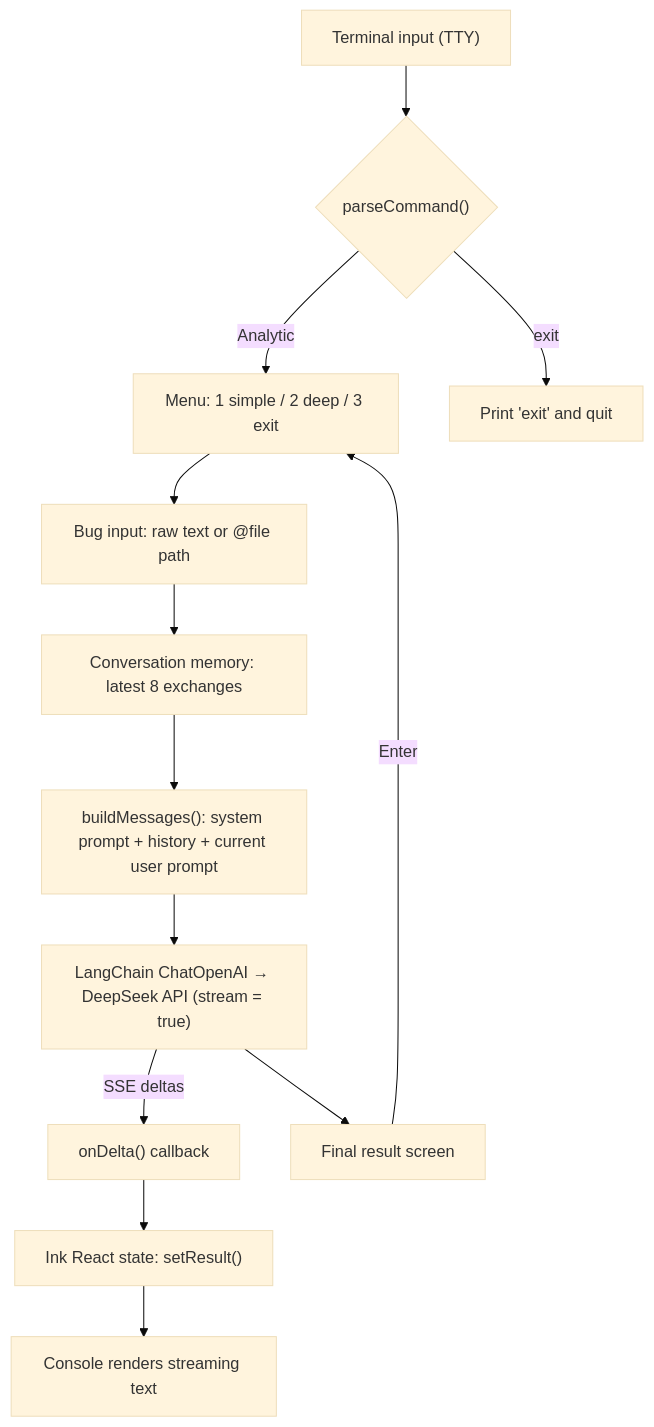
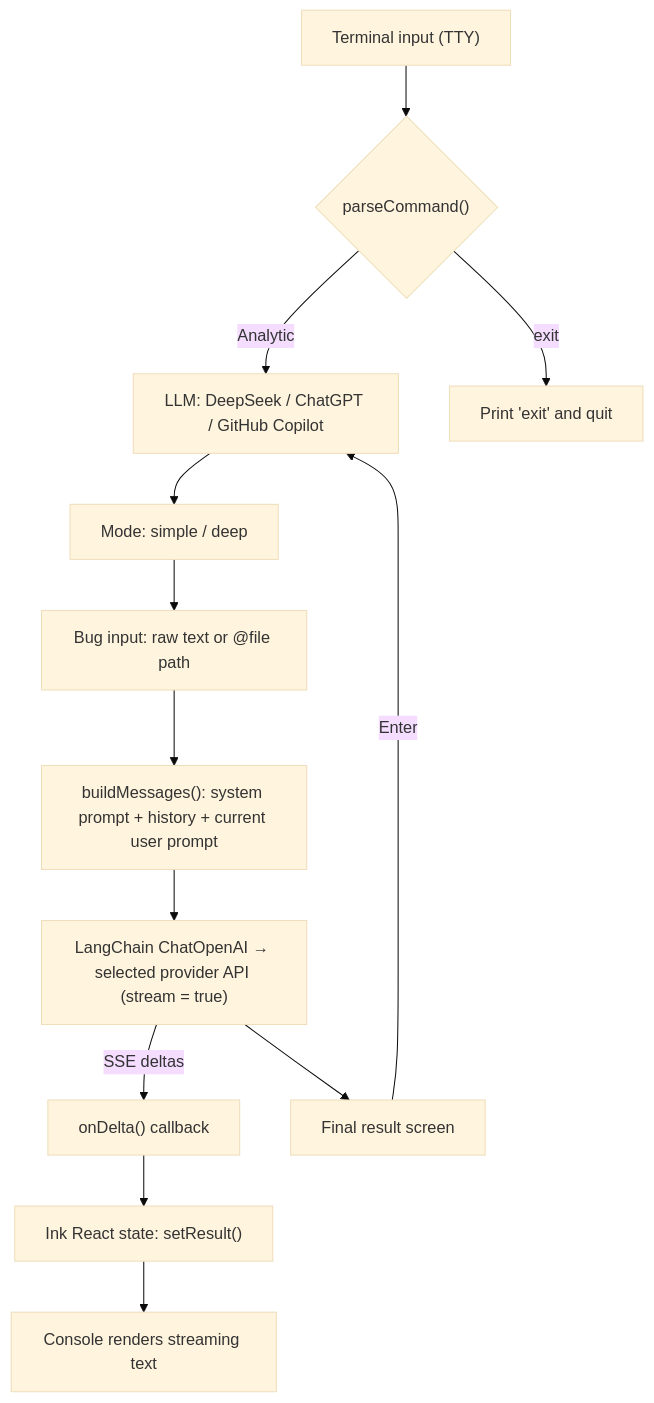
The first of 2 diagrams in README.md (TJYOYO/BugAnalytic-Agent), drawn with Mermaid (base theme) before and after one commit. The commit also changed other lines of this file and 13 other files, not shown here.

````diff
--- a/README.md
+++ b/README.md
@@ -85,15 +92,15 @@
 ```mermaid
 flowchart TD
     A["Terminal input (TTY)"] --> B{"parseCommand()"}
-    B -->|"Analytic"| C["Menu: 1 simple / 2 deep / 3 exit"]
+    B -->|"Analytic"| C["LLM: DeepSeek / ChatGPT / GitHub Copilot"]
     B -->|"exit"| Z["Print 'exit' and quit"]
-    C --> D["Bug input: raw text or @file path"]
-    D --> M["Conversation memory: latest 8 exchanges"]
+    C --> D["Mode: simple / deep"]
+    D --> M["Bug input: raw text or @file path"]
     M --> E["buildMessages(): system prompt + history + current user prompt"]
-    E --> F["LangChain ChatOpenAI → DeepSeek API (stream = true)"]
+    E --> F["LangChain ChatOpenAI → selected provider API (stream = true)"]
     F -->|"SSE deltas"| G["onDelta() callback"]
     G --> H["Ink React state: setResult()"]
     H --> I["Console renders streaming text"]
     F --> J["Final result screen"]
     J -->|"Enter"| C
 ```
````
